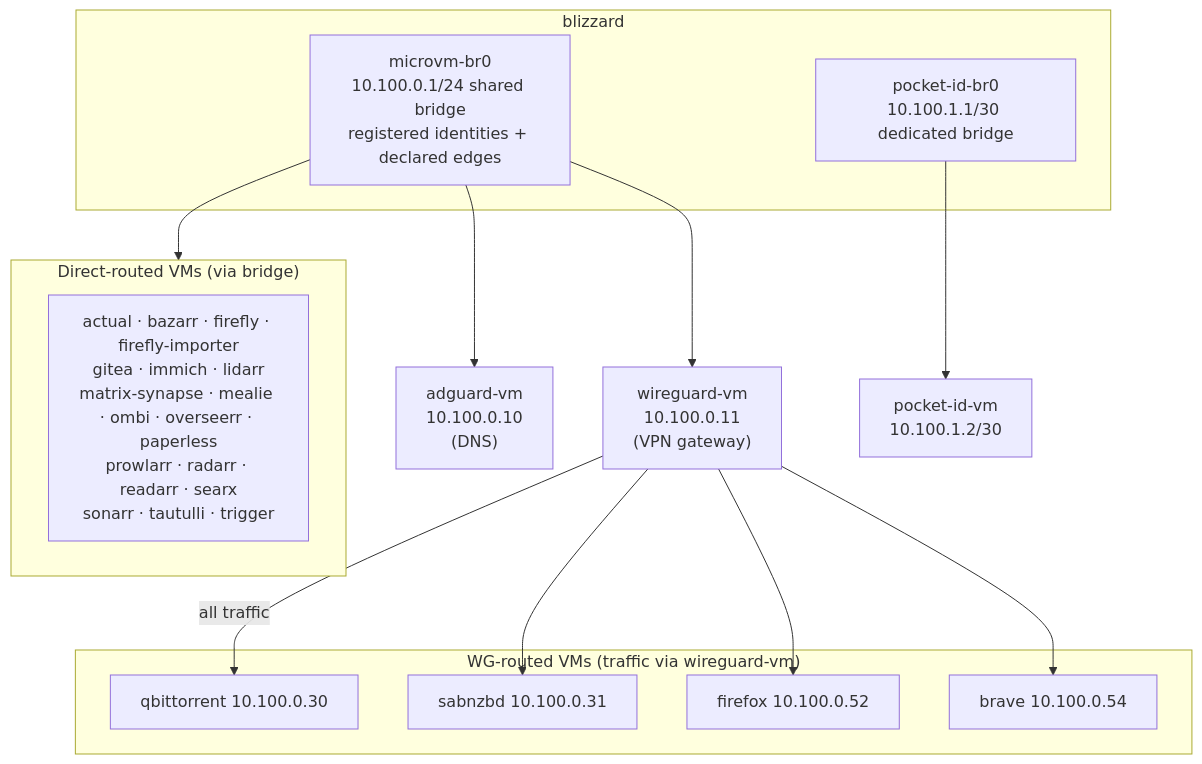
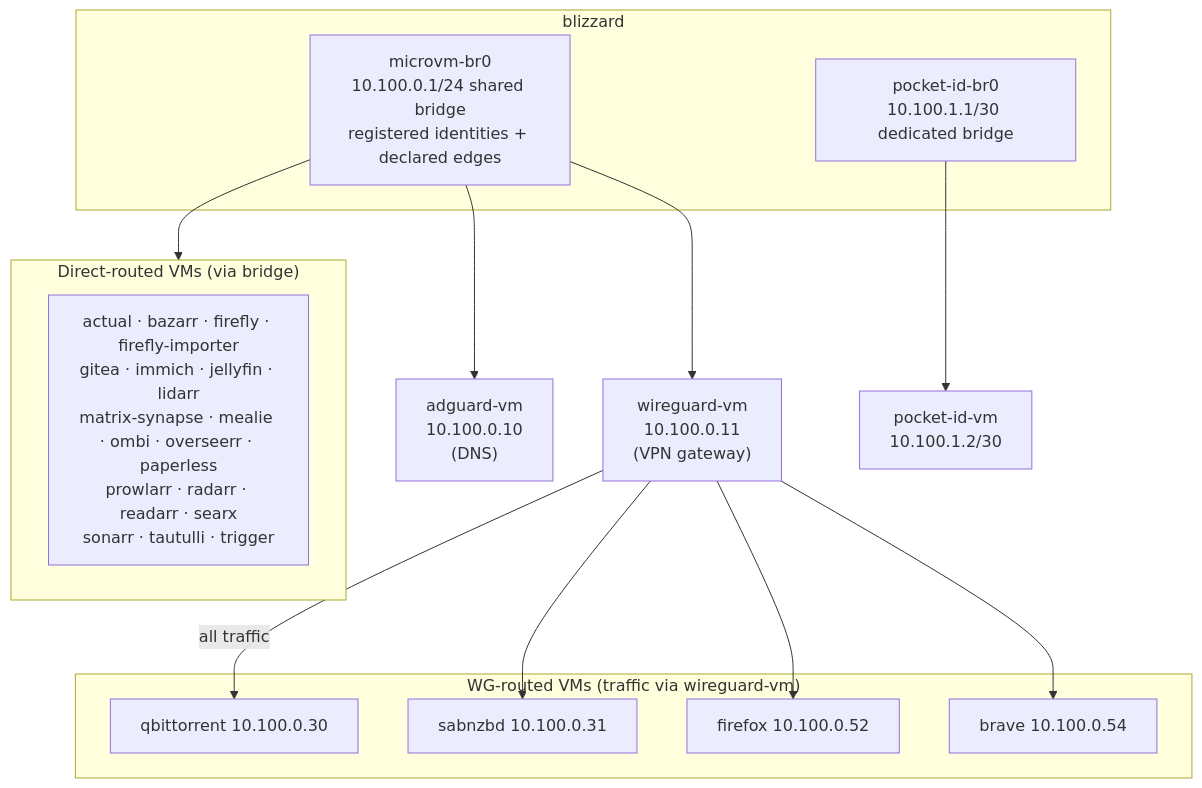
One commit to telometto/nix-config changed the second of 3 diagrams in vms/README.md. Above: the diagram before and after it, drawn with Mermaid. The commit also changed other lines of this file, not shown here.

Commit message:
feat(jellyfin): update README to reflect Jellyfin VM addition and configuration

````diff
--- a/vms/README.md
+++ b/vms/README.md
@@ -33,32 +33,32 @@
 ```mermaid
 flowchart TB
     subgraph host["blizzard"]
         bridge["microvm-br0\n10.100.0.1/24 shared bridge\nregistered identities + declared edges"]
         idbridge["pocket-id-br0\n10.100.1.1/30 dedicated bridge"]
     end
 
     adguard["adguard-vm\n10.100.0.10\n(DNS)"]
     wg["wireguard-vm\n10.100.0.11\n(VPN gateway)"]
 
     subgraph direct["Direct-routed VMs (via bridge)"]
-        d1["actual · bazarr · firefly · firefly-importer\ngitea · immich · lidarr\nmatrix-synapse · mealie · ombi · overseerr · paperless\nprowlarr · radarr · readarr · searx\nsonarr · tautulli · trigger"]
+        d1["actual · bazarr · firefly · firefly-importer\ngitea · immich · jellyfin · lidarr\nmatrix-synapse · mealie · ombi · overseerr · paperless\nprowlarr · radarr · readarr · searx\nsonarr · tautulli · trigger"]
     end
 
     subgraph wgrouted["WG-routed VMs (traffic via wireguard-vm)"]
         w1["qbittorrent 10.100.0.30"]
         w2["sabnzbd 10.100.0.31"]
         w3["firefox 10.100.0.52"]
         w4["brave 10.100.0.54"]
     end
 
     bridge --> adguard
     bridge --> wg
     bridge --> direct
     wg -->|"all traffic"| w1
     wg --> w2
     wg --> w3
     wg --> w4
 
     pocket["pocket-id-vm\n10.100.1.2/30"]
     idbridge --> pocket
 ```
````
